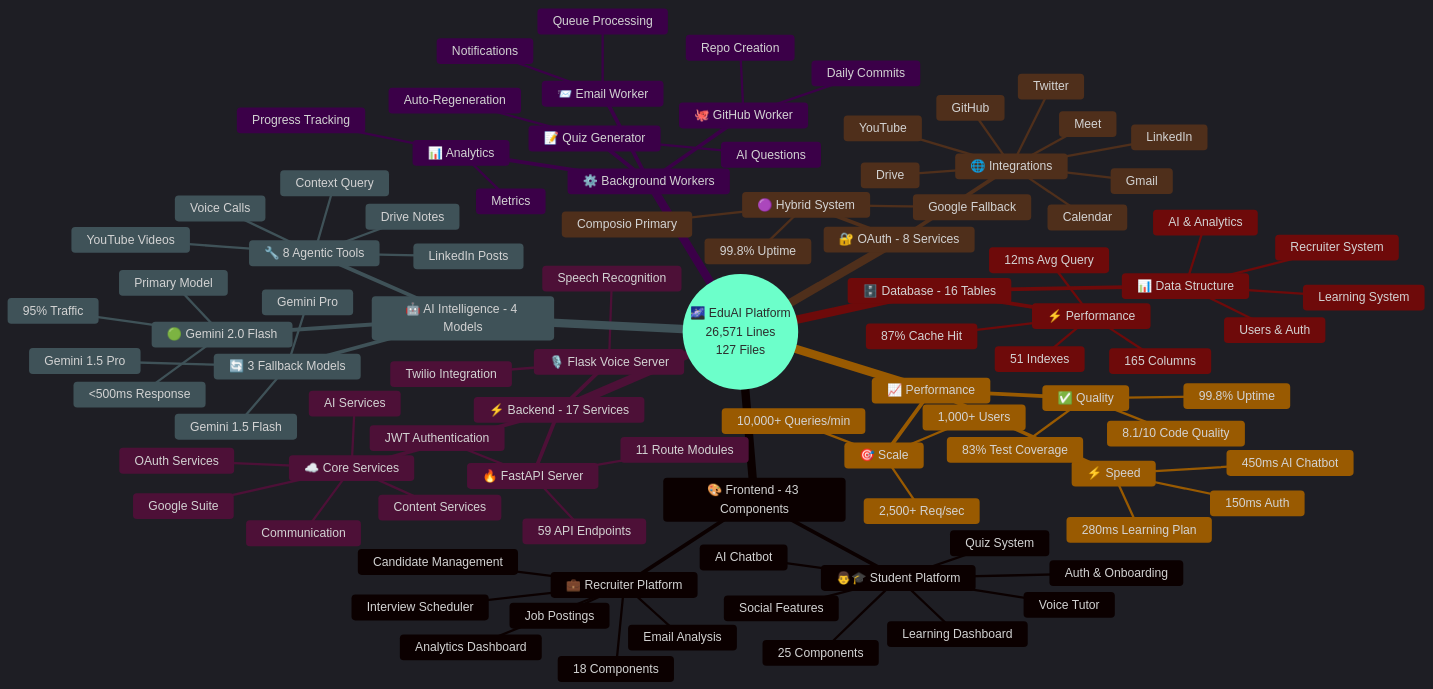
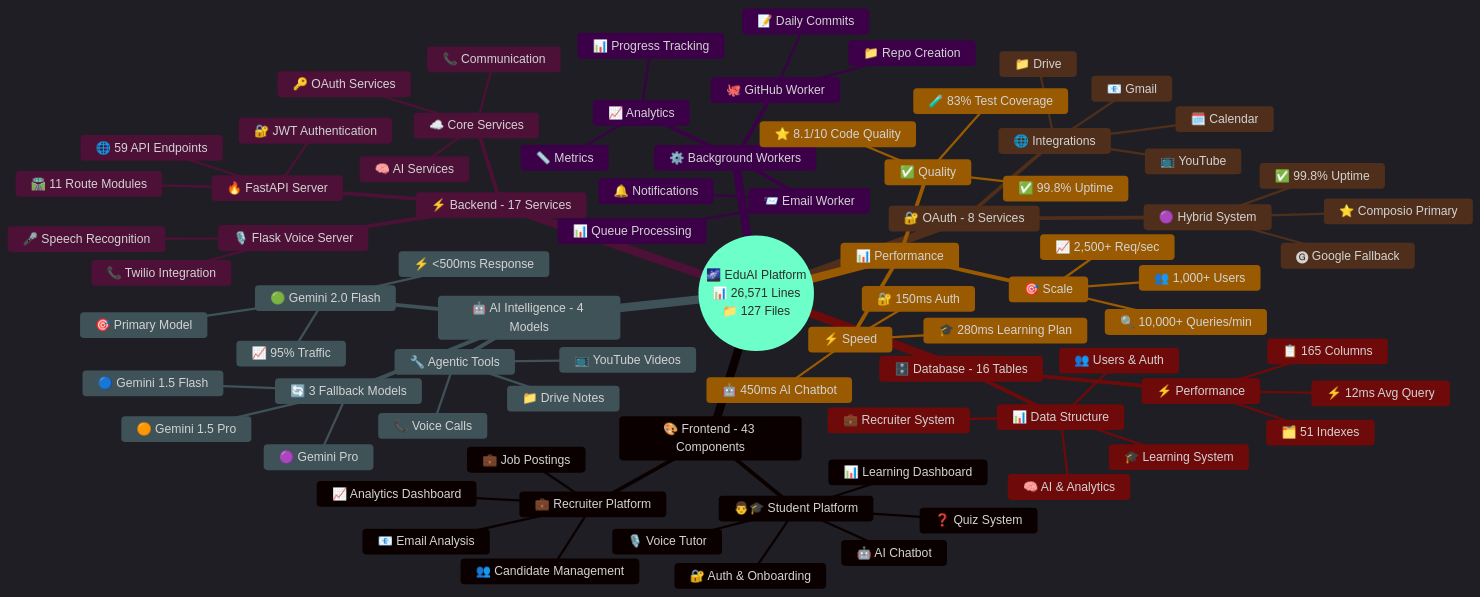
The first of 26 diagrams in README.md (abhiabhi150614/edu-ai-personalized-learning-and-recruitment-platform), drawn with Mermaid before and after one commit.

````diff
--- a/README.md
+++ b/README.md
@@ -51,101 +51,85 @@
 ```mermaid
-%%{init: {'theme':'dark', 'themeVariables': { 'primaryColor':'#4361EE','secondaryColor':'#06FFA5','tertiaryColor':'#FF6B35'}}}%%
+%%{init: {'theme':'dark', 'themeVariables': {'primaryColor':'#4361EE','secondaryColor':'#06FFA5','tertiaryColor':'#FF6B35','primaryBorderColor':'#7209B7','clusterBkg':'#1A1A2E','clusterBorder':'#16213E','nodeBorder':'#4F8BF9','edgeLabelBackground':'#1E3A8A'}}}%%
 mindmap
-  root((🌌 EduAI Platform<br/>26,571 Lines<br/>127 Files))
+  root((🌌 EduAI Platform<br/>📊 26,571 Lines<br/>📁 127 Files))
     🎨 Frontend - 43 Components
       👨🎓 Student Platform
-        25 Components
-        Auth & Onboarding
-        Learning Dashboard
-        AI Chatbot
-        Voice Tutor
-        Quiz System
-        Social Features
+        🔐 Auth & Onboarding
+        📊 Learning Dashboard
+        🤖 AI Chatbot
+        🎙️ Voice Tutor
+        ❓ Quiz System
       💼 Recruiter Platform
-        18 Components
-        Analytics Dashboard
-        Candidate Management
-        Job Postings
-        Email Analysis
-        Interview Scheduler
+        📈 Analytics Dashboard
+        👥 Candidate Management
+        💼 Job Postings
+        📧 Email Analysis
     ⚡ Backend - 17 Services
       🔥 FastAPI Server
-        11 Route Modules
-        59 API Endpoints
-        JWT Authentication
+        🛣️ 11 Route Modules
+        🌐 59 API Endpoints
+        🔐 JWT Authentication
       🎙️ Flask Voice Server
-        Twilio Integration
-        Speech Recognition
+        📞 Twilio Integration
+        🎤 Speech Recognition
       ☁️ Core Services
-        AI Services
-        OAuth Services
-        Communication
-        Google Suite
-        Content Services
+        🧠 AI Services
+        🔑 OAuth Services
+        📞 Communication
     🤖 AI Intelligence - 4 Models
       🟢 Gemini 2.0 Flash
-        Primary Model
-        95% Traffic
-        <500ms Response
+        🎯 Primary Model
+        📈 95% Traffic
+        ⚡ <500ms Response
       🔄 3 Fallback Models
-        Gemini 1.5 Flash
-        Gemini 1.5 Pro
-        Gemini Pro
-      🔧 8 Agentic Tools
-        Drive Notes
-        YouTube Videos
-        Voice Calls
-        LinkedIn Posts
-        Context Query
+        🔵 Gemini 1.5 Flash
+        🟠 Gemini 1.5 Pro
+        🟣 Gemini Pro
+      🔧 Agentic Tools
+        📁 Drive Notes
+        📺 YouTube Videos
+        📞 Voice Calls
     🔐 OAuth - 8 Services
       🟣 Hybrid System
-        Composio Primary
-        Google Fallback
-        99.8% Uptime
+        ⭐ Composio Primary
+        🅖 Google Fallback
+        ✅ 99.8% Uptime
       🌐 Integrations
-        Gmail
-        Drive
-        Calendar
-        YouTube
-        Meet
-        LinkedIn
-        GitHub
-        Twitter
+        📧 Gmail
+        📁 Drive
+        🗓️ Calendar
+        📺 YouTube
     🗄️ Database - 16 Tables
       📊 Data Structure
-        Users & Auth
-        Learning System
-        Recruiter System
-        AI & Analytics
+        👥 Users & Auth
+        🎓 Learning System
+        💼 Recruiter System
+        🧠 AI & Analytics
       ⚡ Performance
-        165 Columns
-        51 Indexes
-        12ms Avg Query
-        87% Cache Hit
+        📋 165 Columns
+        🗂️ 51 Indexes
+        ⚡ 12ms Avg Query
     ⚙️ Background Workers
       🐙 GitHub Worker
-        Repo Creation
-        Daily Commits
+        📁 Repo Creation
+        📝 Daily Commits
       📨 Email Worker
-        Notifications
-        Queue Processing
-      📊 Analytics
-        Progress Tracking
-        Metrics
-      📝 Quiz Generator
-        AI Questions
-        Auto-Regeneration
-    📈 Performance
+        🔔 Notifications
+        📊 Queue Processing
+      📈 Analytics
+        📊 Progress Tracking
+        📏 Metrics
+    📊 Performance
       ⚡ Speed
-        150ms Auth
-        280ms Learning Plan
-        450ms AI Chatbot
+        🔐 150ms Auth
+        🎓 280ms Learning Plan
+        🤖 450ms AI Chatbot
       🎯 Scale
-        1,000+ Users
-        2,500+ Req/sec
-        10,000+ Queries/min
+        👥 1,000+ Users
+        📈 2,500+ Req/sec
+        🔍 10,000+ Queries/min
       ✅ Quality
-        99.8% Uptime
-        83% Test Coverage
-        8.1/10 Code Quality
+        ✅ 99.8% Uptime
+        🧪 83% Test Coverage
+        ⭐ 8.1/10 Code Quality
 ```
````
